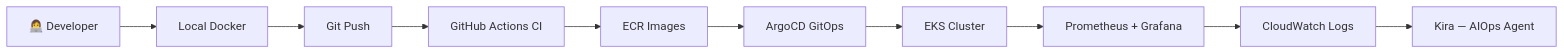
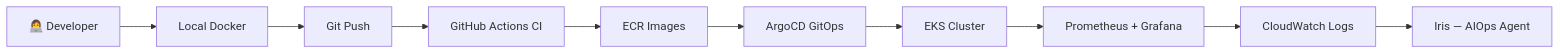
The first of 10 diagrams in docs/part2-workflow.md (amco-f22/aiops-ecommerce-platform), drawn with Mermaid before and after one commit. The commit also changed other lines of this file and 10 other files, not shown here.

First line of the commit message:
docs: rebrand AIOps assistant to Iris and enhance platform documentation

````diff
--- a/docs/part2-workflow.md
+++ b/docs/part2-workflow.md
@@ -11,12 +11,12 @@
 ```mermaid
 flowchart LR
     A[👩‍💻 Developer] --> B[Local Docker]
     B --> C[Git Push]
     C --> D[GitHub Actions CI]
     D --> E[ECR Images]
     E --> F[ArgoCD GitOps]
     F --> G[EKS Cluster]
     G --> H[Prometheus + Grafana]
     H --> I[CloudWatch Logs]
-    I --> J[Kira — AIOps Agent]
+    I --> J[Iris — AIOps Agent]
 ```
````
